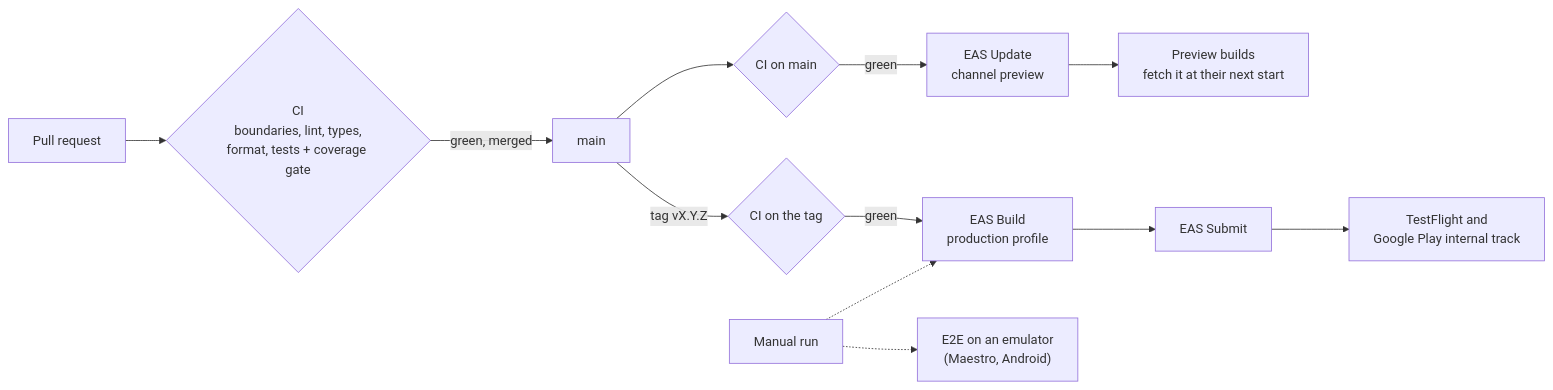
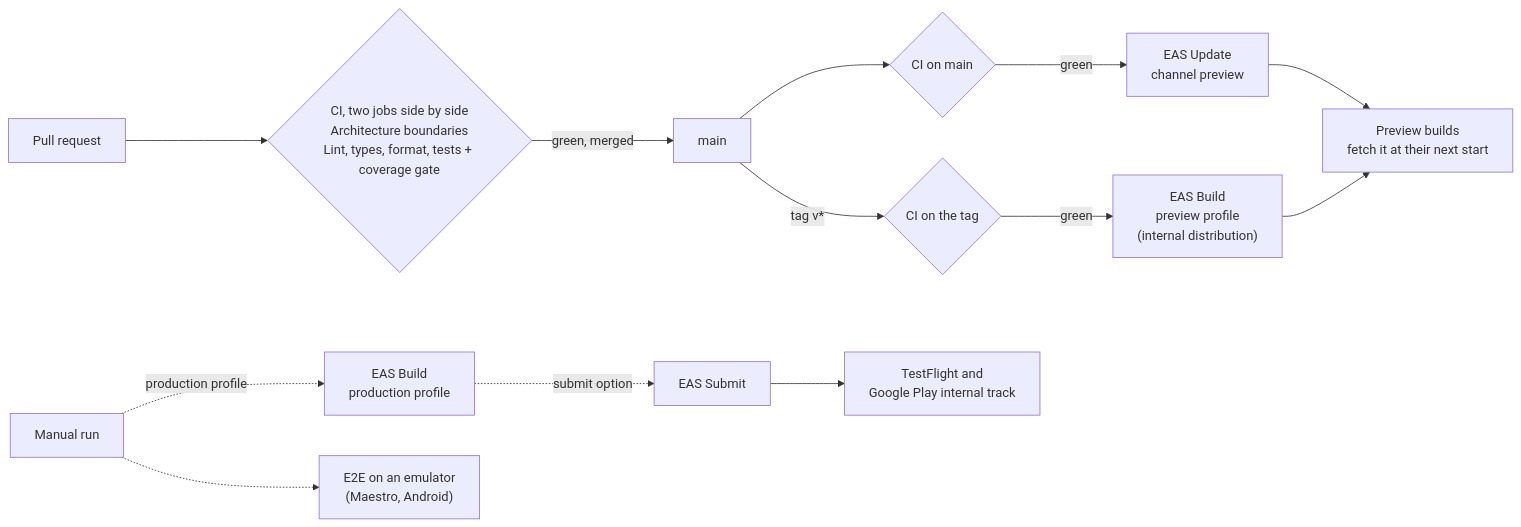
One commit to Rileyjrjohns/boardroom changed the third of 4 diagrams in README.md. Above: the diagram before and after it, drawn with Mermaid. The commit also changed other lines of this file and 1 other file, not shown here.

````diff
--- a/README.md
+++ b/README.md
@@ -944,14 +946,15 @@
 ```mermaid
 flowchart LR
-  PR["Pull request"] --> CI1{"CI<br/>boundaries, lint, types,<br/>format, tests + coverage gate"}
+  PR["Pull request"] --> CI1{"CI, two jobs side by side<br/>Architecture boundaries<br/>Lint, types, format, tests + coverage gate"}
   CI1 -->|"green, merged"| MAIN["main"]
   MAIN --> CI2{"CI on main"}
   CI2 -->|"green"| UPD["EAS Update<br/>channel preview"]
   UPD --> PREVIEW["Preview builds<br/>fetch it at their next start"]
-  MAIN -->|"tag vX.Y.Z"| CI3{"CI on the tag"}
-  CI3 -->|"green"| BUILD["EAS Build<br/>production profile"]
-  BUILD --> SUBMIT["EAS Submit"]
+  MAIN -->|"tag v*"| CI3{"CI on the tag"}
+  CI3 -->|"green"| BUILD["EAS Build<br/>preview profile<br/>(internal distribution)"]
+  BUILD --> PREVIEW
+  MANUAL["Manual run"] -.->|"production profile"| PROD["EAS Build<br/>production profile"]
+  PROD -.->|"submit option"| SUBMIT["EAS Submit"]
   SUBMIT --> STORES["TestFlight and<br/>Google Play internal track"]
-  MANUAL["Manual run"] -.-> BUILD
   MANUAL -.-> E2E["E2E on an emulator<br/>(Maestro, Android)"]
 ```
````
